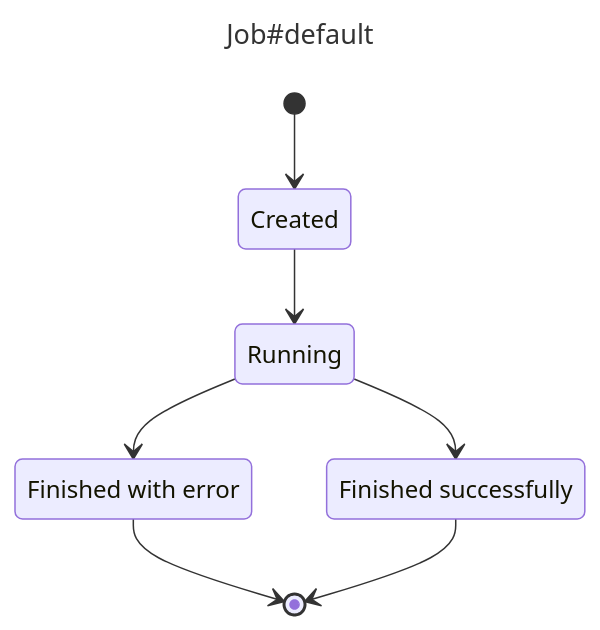
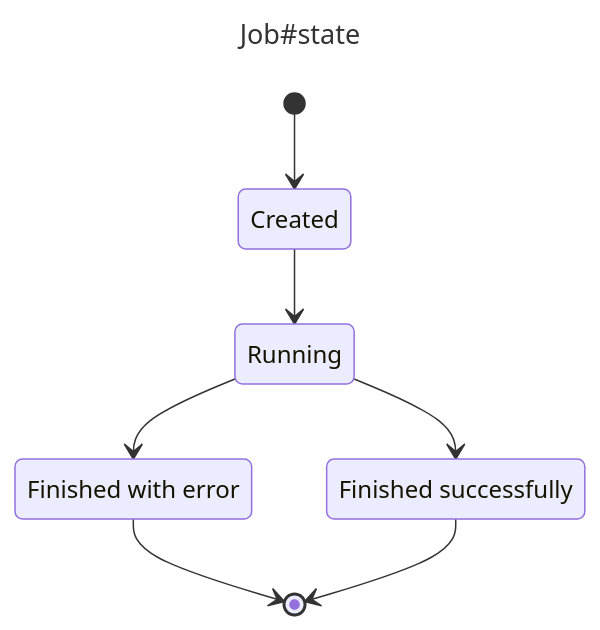
One commit to kamil-gwozdz/aasm-vis changed the diagram in README.md. Above: the diagram before and after it, drawn with Mermaid. The commit also changed other lines of this file, not shown here.

````diff
--- a/README.md
+++ b/README.md
@@ -38,19 +39,19 @@
 ```mermaid
 ---
-title: Job#default
+title: Job#state
 ---
 stateDiagram-v2
 
 created : Created
 running : Running
 finished_successfully : Finished successfully
 finished_with_error : Finished with error
   
 [*] --> created
 created --> running
 running --> finished_with_error
 running --> finished_successfully
 
 finished_with_error --> [*]
 finished_successfully --> [*]
 ```
````
